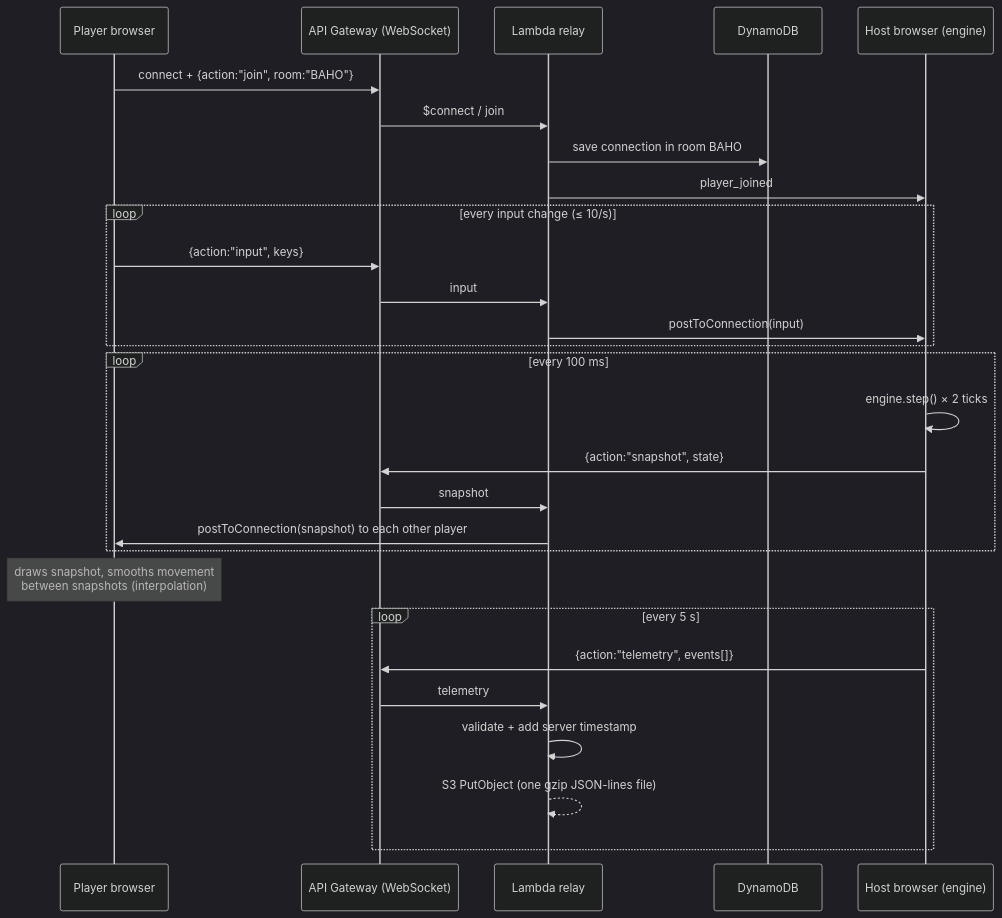
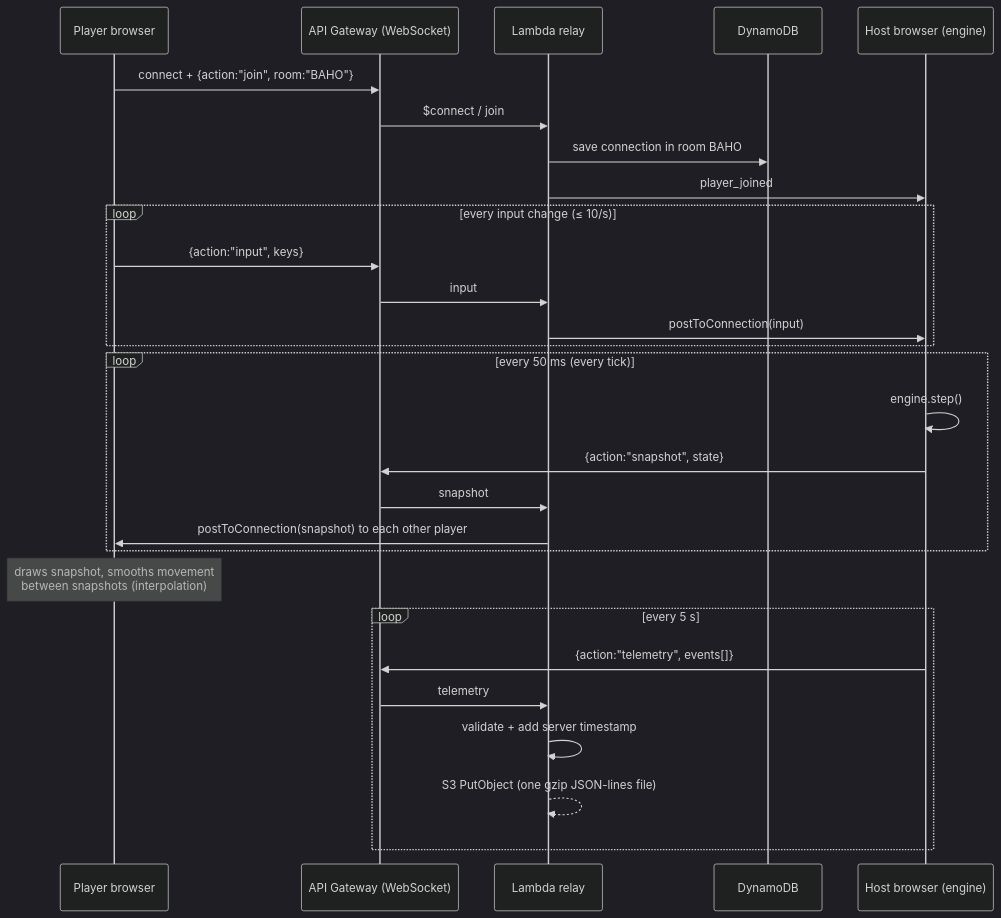
One commit to ElleDiablo/sundo changed the third of 6 diagrams in docs/02-architecture.md. Above: the diagram before and after it, drawn with Mermaid (dark theme). The commit also changed other lines of this file and 7 other files, not shown here.

````diff
--- a/docs/02-architecture.md
+++ b/docs/02-architecture.md
@@ -109,31 +109,31 @@
 ```mermaid
 sequenceDiagram
     participant P as Player browser
     participant G as API Gateway (WebSocket)
     participant L as Lambda relay
     participant D as DynamoDB
     participant H as Host browser (engine)
 
     P->>G: connect + {action:"join", room:"BAHO"}
     G->>L: $connect / join
     L->>D: save connection in room BAHO
     L->>H: player_joined
     loop every input change (≤ 10/s)
         P->>G: {action:"input", keys}
         G->>L: input
         L->>H: postToConnection(input)
     end
-    loop every 100 ms
-        H->>H: engine.step() × 2 ticks
+    loop every 50 ms (every tick)
+        H->>H: engine.step()
         H->>G: {action:"snapshot", state}
         G->>L: snapshot
         L->>P: postToConnection(snapshot) to each other player
     end
     Note over P: draws snapshot, smooths movement<br/>between snapshots (interpolation)
     loop every 5 s
         H->>G: {action:"telemetry", events[]}
         G->>L: telemetry
         L->>L: validate + add server timestamp
         L-->>L: S3 PutObject (one gzip JSON-lines file)
     end
 ```
````
